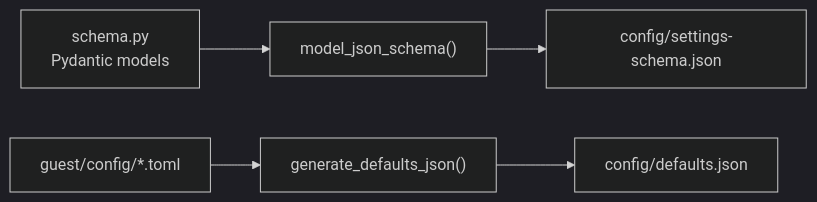
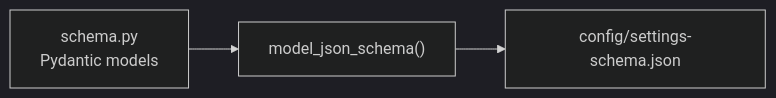
One commit to google/capsem changed the second of 4 diagrams in docs/src/content/docs/architecture/settings-schema.md. Above: the diagram before and after it, drawn with Mermaid (dark theme). The commit also changed other lines of this file and 11 other files, not shown here.

````diff
--- a/docs/src/content/docs/architecture/settings-schema.md
+++ b/docs/src/content/docs/architecture/settings-schema.md
@@ -211,7 +210,5 @@
 ```mermaid
 flowchart LR
     PM["schema.py\nPydantic models"] --> MSJ["model_json_schema()"]
     MSJ --> SCH["config/settings-schema.json"]
-    GC["guest/config/*.toml"] --> GD["generate_defaults_json()"]
-    GD --> DEF["config/defaults.json"]
 ```
````
